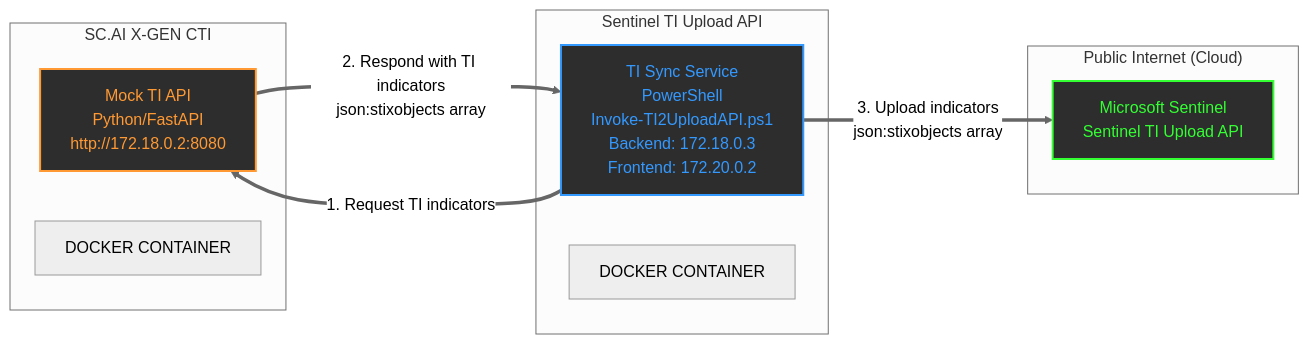
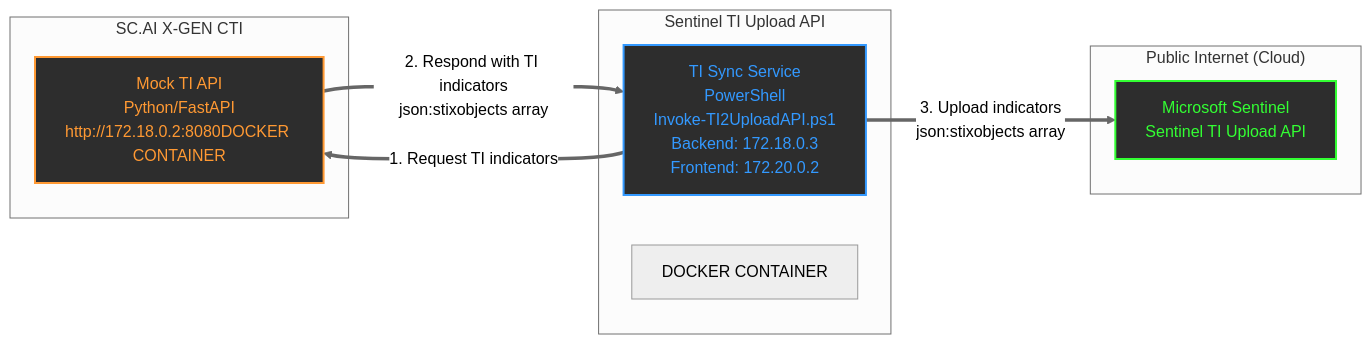
One commit to dcodev1702/Sentinel-TI-Upload-with-Mock-TI-API changed the diagram in README.md. Above: the diagram before and after it, drawn with Mermaid (neutral theme).

Commit message:
Fix formatting in Mock TI API description

````diff
--- a/README.md
+++ b/README.md
@@ -6,24 +6,23 @@
 ```mermaid
 graph LR
     subgraph "SC.AI X-GEN CTI"
-        A[Mock TI API<br/>Python/FastAPI<br/>http://172.18.0.2:8080]
-        A1[DOCKER CONTAINER]
+        A[Mock TI API<br/>Python/FastAPI<br/>http://172.18.0.2:8080DOCKER CONTAINER]
     end
     
     subgraph "Sentinel TI Upload API"
         B[TI Sync Service<br/>PowerShell<br/>Invoke-TI2UploadAPI.ps1<br/>Backend: 172.18.0.3<br/>Frontend: 172.20.0.2]
         B1[DOCKER CONTAINER]
     end
     
     subgraph "Public Internet (Cloud)"
         C[Microsoft Sentinel<br/>Sentinel TI Upload API]
     end
 
     A ==>|2. Respond with TI indicators<br/>json:stixobjects array| B
     B ==>|1. Request TI indicators| A
     B ==>|3. Upload indicators<br/>json:stixobjects array| C
     
     style A fill:#2d2d2d,stroke:#ff9933,stroke-width:2px,color:#ff9933
     style B fill:#2d2d2d,stroke:#3399ff,stroke-width:2px,color:#3399ff
     style C fill:#2d2d2d,stroke:#33ff33,stroke-width:2px,color:#33ff33
 ```
````
